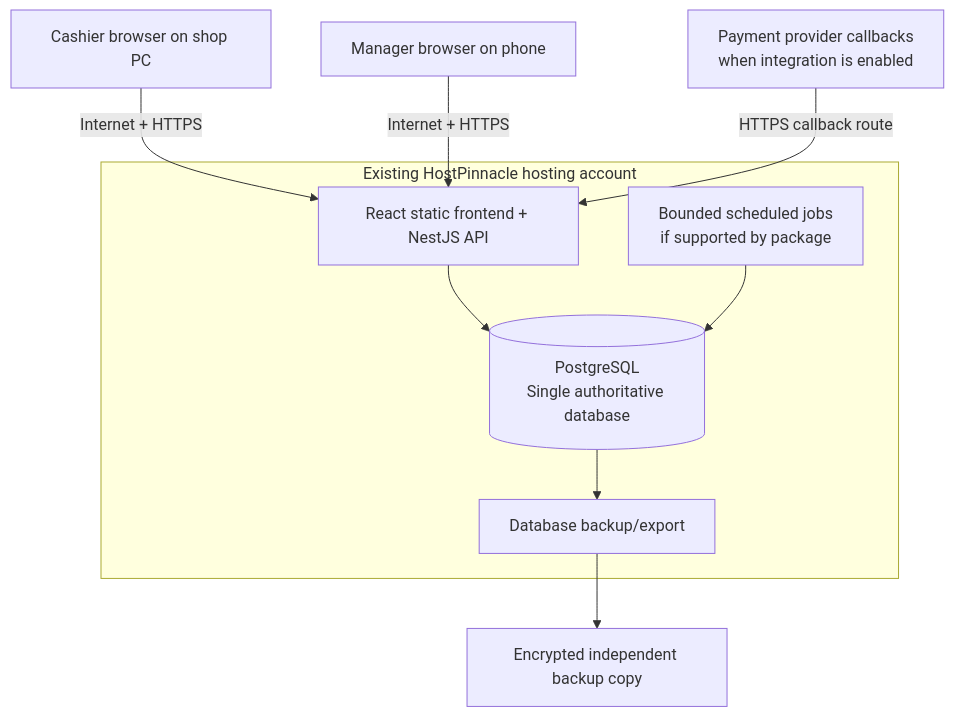
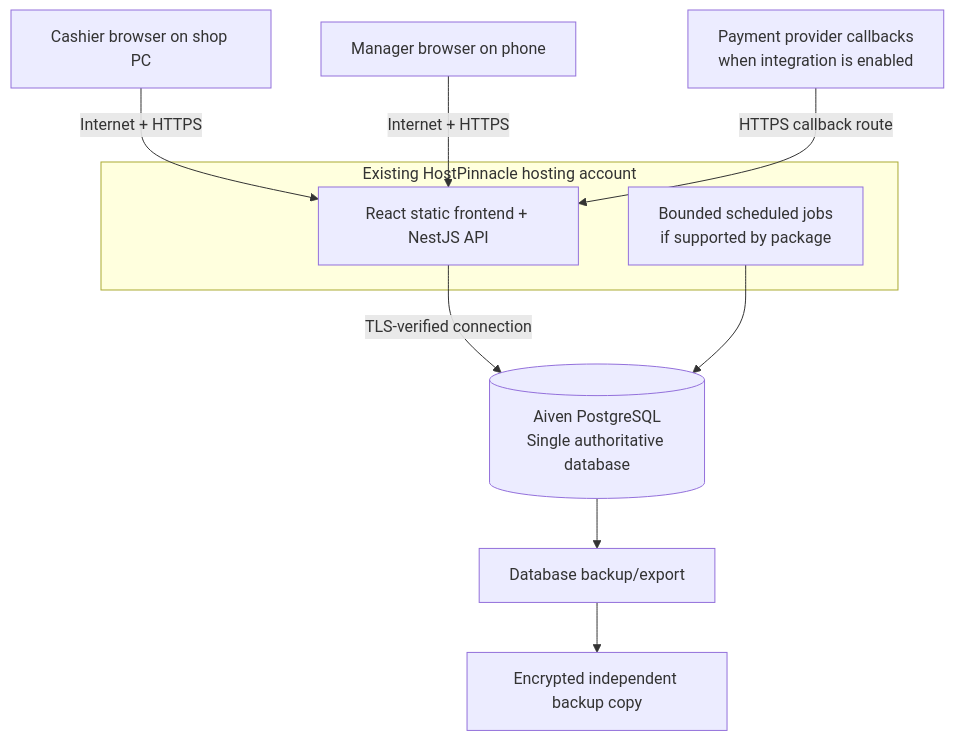
Before and after one commit to sifunadonnex/POS: the diagram in docs/POS_ARCHITECTURE_AND_PLAN.md, drawn with Mermaid. The commit also changed other lines of this file and 34 other files, not shown here.

````diff
--- a/docs/POS_ARCHITECTURE_AND_PLAN.md
+++ b/docs/POS_ARCHITECTURE_AND_PLAN.md
@@ -43,13 +43,14 @@
 ```mermaid
 flowchart TD
     Till["Cashier browser on shop PC"] -->|Internet + HTTPS| App
     Phone["Manager browser on phone"] -->|Internet + HTTPS| App
     subgraph Hosting["Existing HostPinnacle hosting account"]
         App["React static frontend + NestJS API"]
-        App --> DB[("PostgreSQL<br/>Single authoritative database")]
-        Jobs["Bounded scheduled jobs<br/>if supported by package"] --> DB
-        DB --> Backup["Database backup/export"]
+        Jobs["Bounded scheduled jobs<br/>if supported by package"]
     end
+    App -->|TLS-verified connection| DB[("Aiven PostgreSQL<br/>Single authoritative database")]
+    Jobs --> DB
+    DB --> Backup["Database backup/export"]
     Backup --> Copy["Encrypted independent backup copy"]
     Provider["Payment provider callbacks<br/>when integration is enabled"] -->|HTTPS callback route| App
 ```
````
